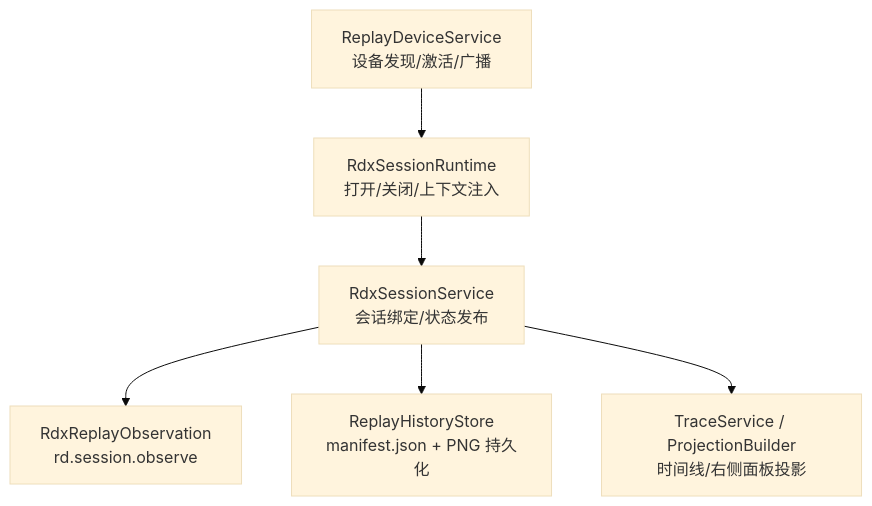
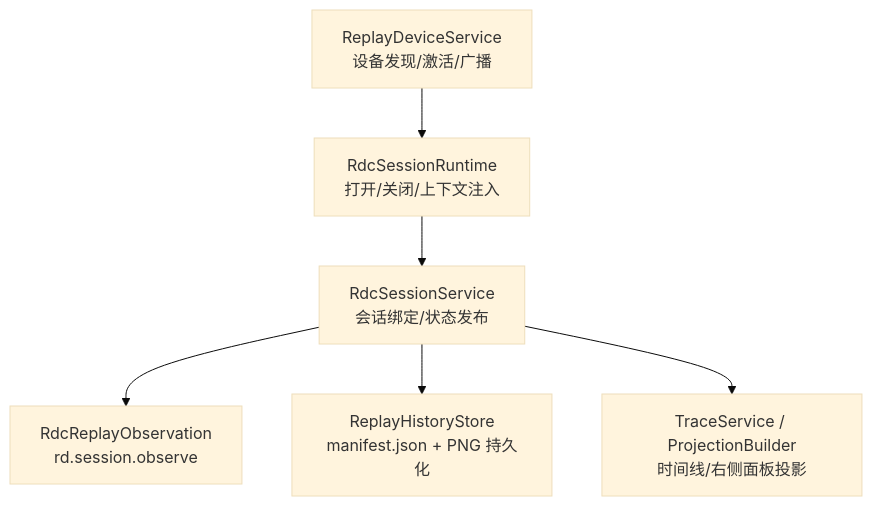
Before and after one commit to haolange/RDC-Agent: the first of 7 diagrams in .qoder/repowiki/zh/content/核心模块/会话管理系统/会话级回放系统.md, drawn with Mermaid (base theme). The commit also changed other lines of this file and 557 other files, not shown here.

````diff
--- a/.qoder/repowiki/zh/content/核心模块/会话管理系统/会话级回放系统.md
+++ b/.qoder/repowiki/zh/content/核心模块/会话管理系统/会话级回放系统.md
@@ -41,8 +41,8 @@
 ```mermaid
 graph TB
-A["ReplayDeviceService<br/>设备发现/激活/广播"] --> B["RdxSessionRuntime<br/>打开/关闭/上下文注入"]
-B --> C["RdxSessionService<br/>会话绑定/状态发布"]
-C --> D["RdxReplayObservation<br/>rd.session.observe"]
+A["ReplayDeviceService<br/>设备发现/激活/广播"] --> B["RdcSessionRuntime<br/>打开/关闭/上下文注入"]
+B --> C["RdcSessionService<br/>会话绑定/状态发布"]
+C --> D["RdcReplayObservation<br/>rd.session.observe"]
 C --> E["ReplayHistoryStore<br/>manifest.json + PNG 持久化"]
 C --> F["TraceService / ProjectionBuilder<br/>时间线/右侧面板投影"]
 ```
````
